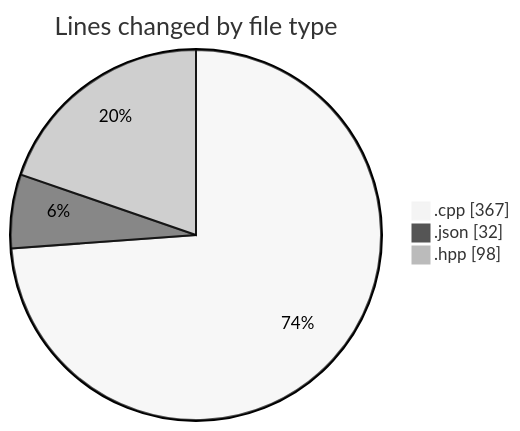
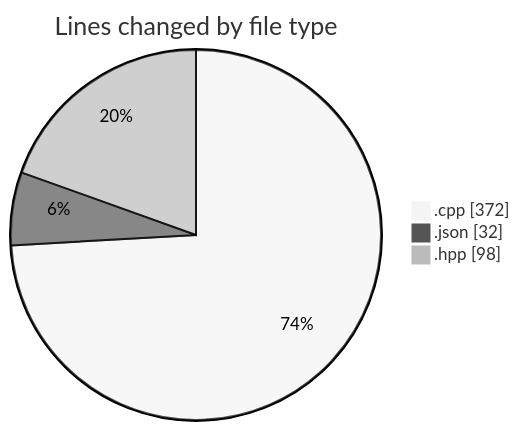
One commit to Netris89/code-tracking changed the first of 2 diagrams in 2025-04-23/echo/README.md. Above: the diagram before and after it, drawn with Mermaid (neutral theme). The commit also changed other lines of this file and 1 other file, not shown here.

````diff
--- a/2025-04-23/echo/README.md
+++ b/2025-04-23/echo/README.md
@@ -22,7 +22,7 @@
 ```mermaid
 pie showData
 title Lines changed by file type
-".cpp" : 367
+".cpp" : 372
 ".json" : 32
 ".hpp" : 98
 ```
````
